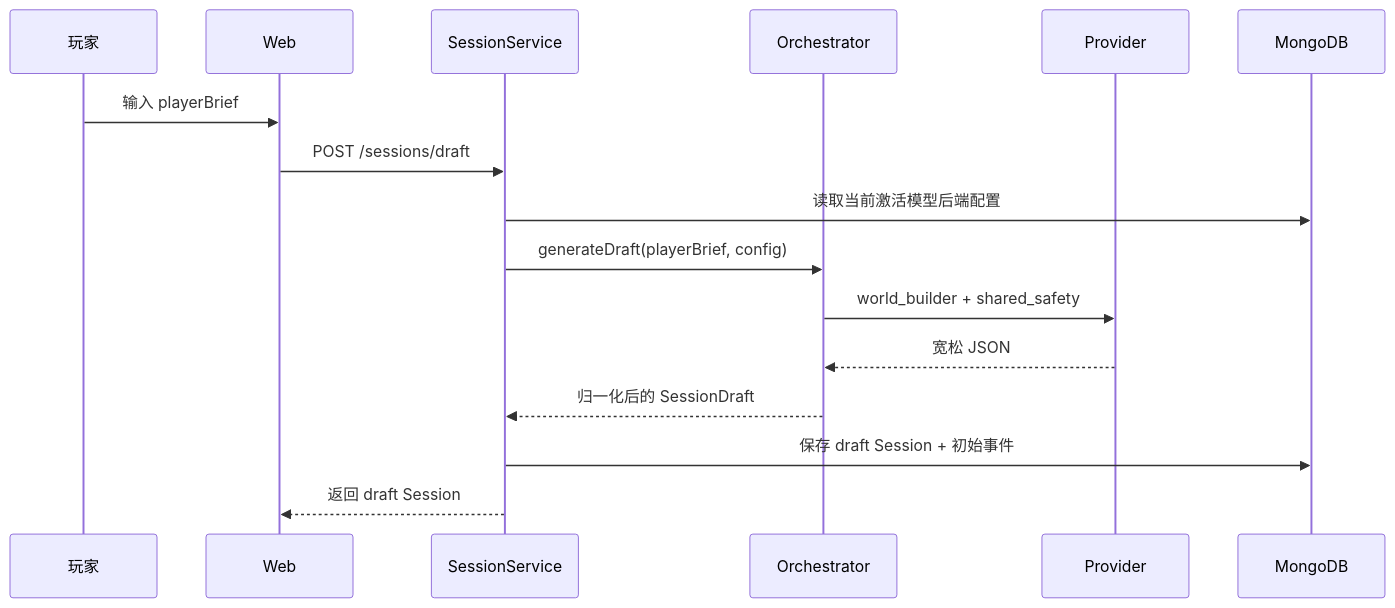
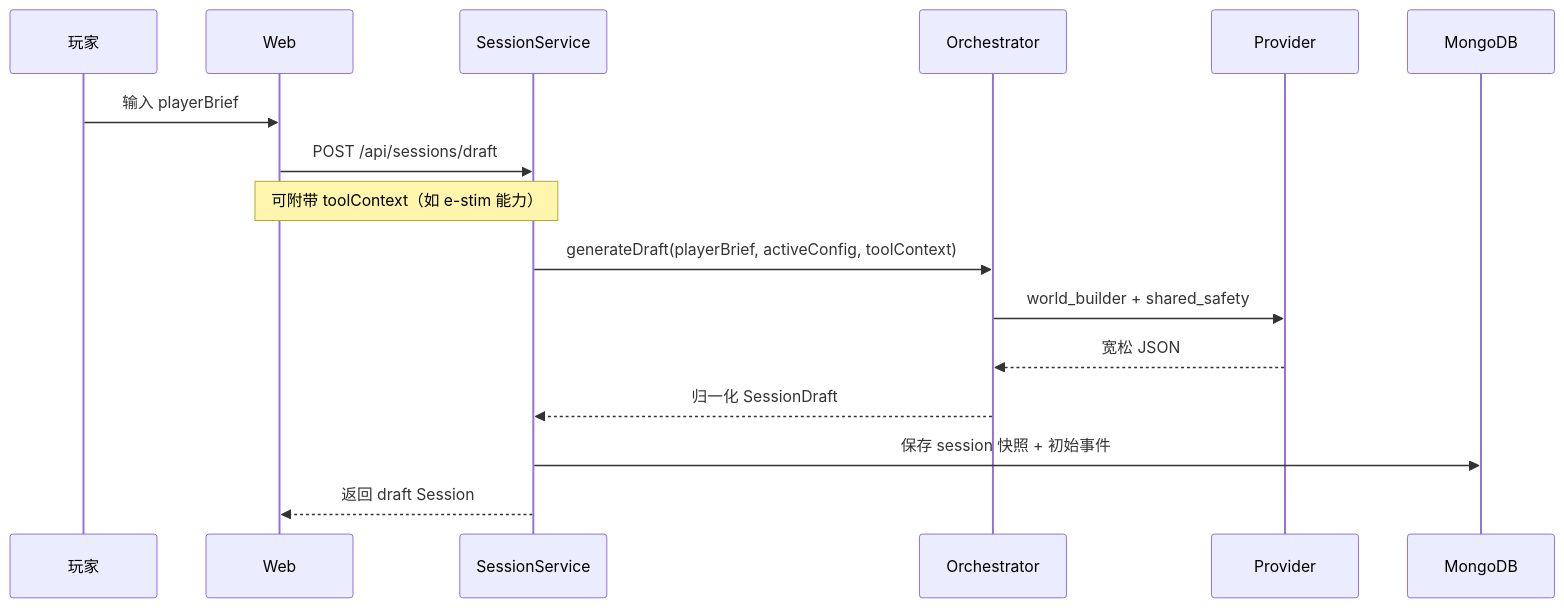
The second of 3 diagrams in doc/architecture.md (BobH233/DGLab-AI), drawn with Mermaid before and after one commit. The commit also changed other lines of this file and 5 other files, not shown here.

````diff
--- a/doc/architecture.md
+++ b/doc/architecture.md
@@ -90,19 +95,19 @@
 ```mermaid
 sequenceDiagram
     participant U as 玩家
     participant W as Web
     participant S as SessionService
     participant O as Orchestrator
     participant P as Provider
-    participant M as MongoDB
+    participant DB as MongoDB
 
     U->>W: 输入 playerBrief
-    W->>S: POST /sessions/draft
-    S->>M: 读取当前激活模型后端配置
-    S->>O: generateDraft(playerBrief, config)
+    W->>S: POST /api/sessions/draft
+    Note over W,S: 可附带 toolContext（如 e-stim 能力）
+    S->>O: generateDraft(playerBrief, activeConfig, toolContext)
     O->>P: world_builder + shared_safety
     P-->>O: 宽松 JSON
-    O-->>S: 归一化后的 SessionDraft
-    S->>M: 保存 draft Session + 初始事件
+    O-->>S: 归一化 SessionDraft
+    S->>DB: 保存 session 快照 + 初始事件
     S-->>W: 返回 draft Session
 ```
````
